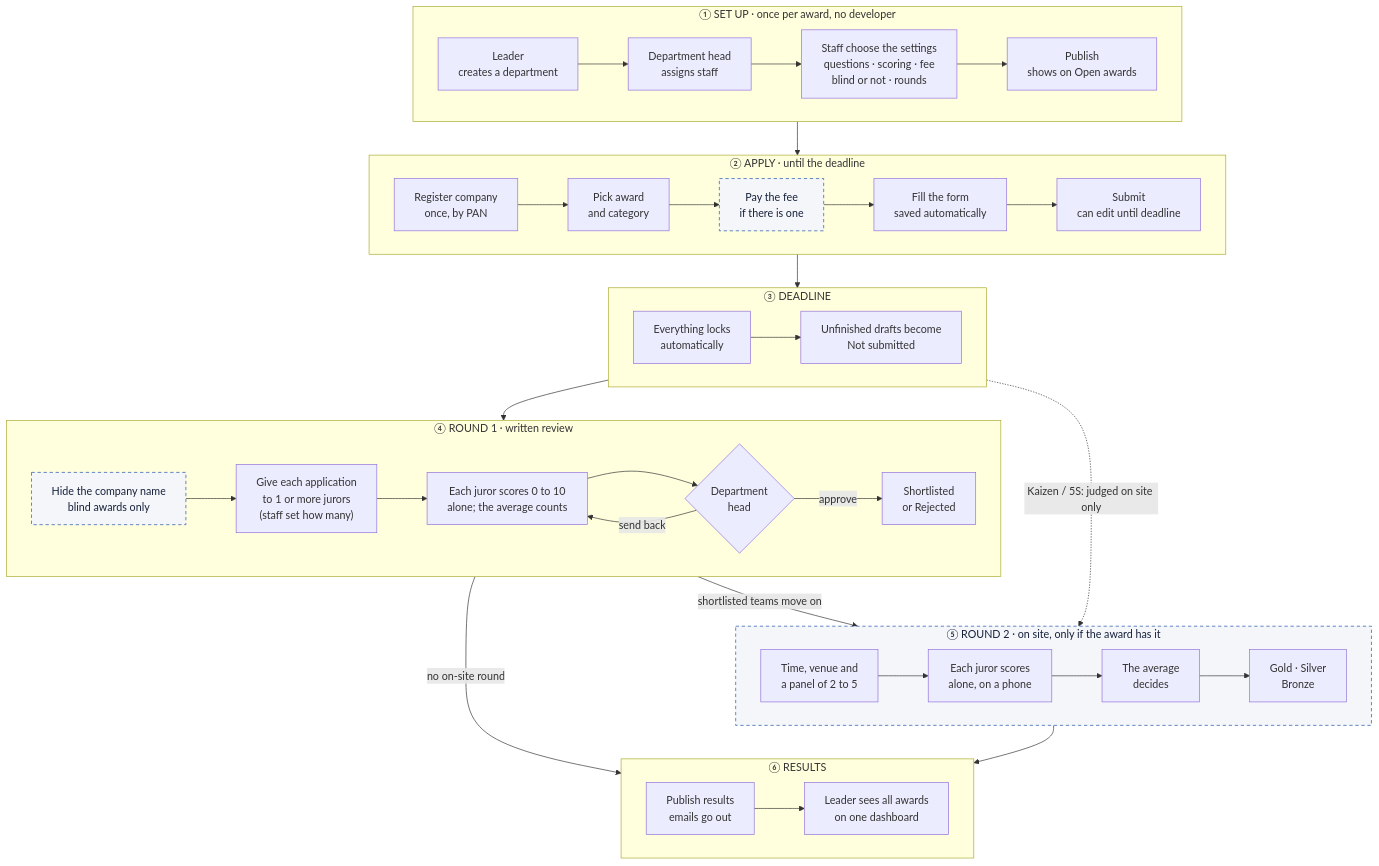
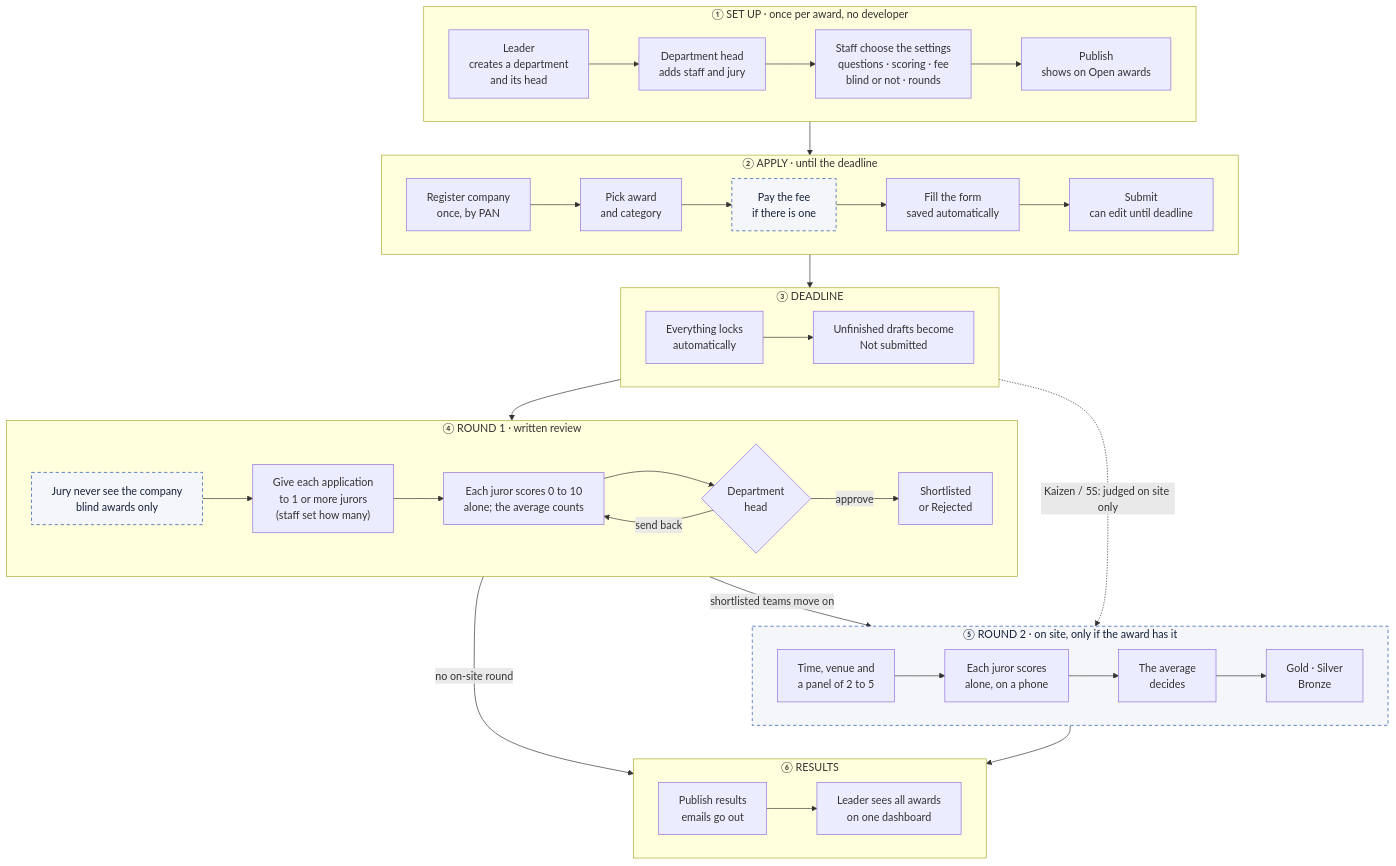
Before and after one commit to sumitdwivedi01/EigthyAwards: the third of 5 diagrams in docs/overview/README.md, drawn with Mermaid. The commit also changed other lines of this file and 5 other files, not shown here.

````diff
--- a/docs/overview/README.md
+++ b/docs/overview/README.md
@@ -111,37 +111,37 @@
 ```mermaid
 flowchart TD
     subgraph S1["① SET UP · once per award, no developer"]
         direction LR
-        a1["Leader<br/>creates a department"] --> a2["Department head<br/>assigns staff"] --> a3["Staff choose the settings<br/>questions · scoring · fee<br/>blind or not · rounds"] --> a4["Publish<br/>shows on Open awards"]
+        a1["Leader<br/>creates a department<br/>and its head"] --> a2["Department head<br/>adds staff and jury"] --> a3["Staff choose the settings<br/>questions · scoring · fee<br/>blind or not · rounds"] --> a4["Publish<br/>shows on Open awards"]
     end
     subgraph S2["② APPLY · until the deadline"]
         direction LR
         b1["Register company<br/>once, by PAN"] --> b2["Pick award<br/>and category"] --> b3["Pay the fee<br/>if there is one"] --> b4["Fill the form<br/>saved automatically"] --> b5["Submit<br/>can edit until deadline"]
     end
     subgraph S3["③ DEADLINE"]
         direction LR
         c1["Everything locks<br/>automatically"] --> c2["Unfinished drafts become<br/>Not submitted"]
     end
     subgraph S4["④ ROUND 1 · written review"]
         direction LR
-        d1["Hide the company name<br/>blind awards only"] --> d2["Give each application<br/>to 1 or more jurors<br/>(staff set how many)"] --> d3["Each juror scores 0 to 10<br/>alone; the average counts"] --> d4{"Department<br/>head"}
+        d1["Jury never see the company<br/>blind awards only"] --> d2["Give each application<br/>to 1 or more jurors<br/>(staff set how many)"] --> d3["Each juror scores 0 to 10<br/>alone; the average counts"] --> d4{"Department<br/>head"}
         d4 -->|send back| d3
         d4 -->|approve| d5["Shortlisted<br/>or Rejected"]
     end
     subgraph S5["⑤ ROUND 2 · on site, only if the award has it"]
         direction LR
         e1["Time, venue and<br/>a panel of 2 to 5"] --> e2["Each juror scores<br/>alone, on a phone"] --> e3["The average<br/>decides"] --> e4["Gold · Silver<br/>Bronze"]
     end
     subgraph S6["⑥ RESULTS"]
         direction LR
         f1["Publish results<br/>emails go out"] --> f2["Leader sees all awards<br/>on one dashboard"]
     end
     S1 --> S2 --> S3 --> S4
     S4 -->|shortlisted teams move on| S5
     S4 -->|no on-site round| S6
     S3 -.->|Kaizen / 5S: judged on site only| S5
     S5 --> S6
     classDef opt fill:#F4F6FA,stroke:#1F4FA8,stroke-dasharray:5 4,color:#16213A
     class b3,d1 opt
     class S5 opt
 ```
````
